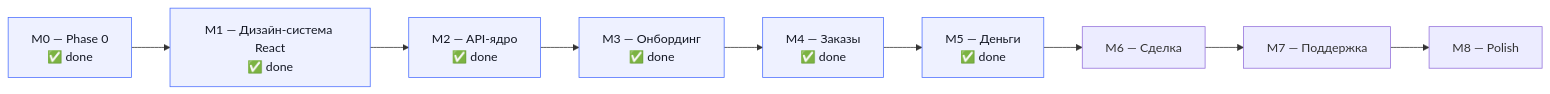
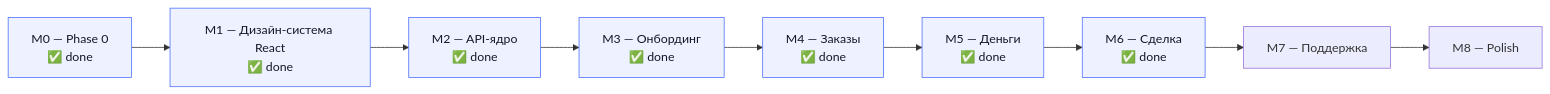
The diagram in docs/10-status.md (koishybek/zovu), drawn with Mermaid before and after one commit. The commit also changed other lines of this file and 25 other files, not shown here.

````diff
--- a/docs/10-status.md
+++ b/docs/10-status.md
@@ -27,17 +27,18 @@
 ```mermaid
 flowchart LR
     M0["M0 — Phase 0<br/>✅ done"] --> M1["M1 — Дизайн-система React<br/>✅ done"]
     M1 --> M2["M2 — API-ядро<br/>✅ done"]
     M2 --> M3["M3 — Онбординг<br/>✅ done"]
     M3 --> M4["M4 — Заказы<br/>✅ done"]
     M4 --> M5["M5 — Деньги<br/>✅ done"]
-    M5 --> M6["M6 — Сделка"]
+    M5 --> M6["M6 — Сделка<br/>✅ done"]
     M6 --> M7["M7 — Поддержка"]
     M7 --> M8["M8 — Polish"]
     style M0 fill:#EEF1FF,stroke:#4C6FFF,color:#141824
     style M1 fill:#EEF1FF,stroke:#4C6FFF,color:#141824
     style M2 fill:#EEF1FF,stroke:#4C6FFF,color:#141824
     style M3 fill:#EEF1FF,stroke:#4C6FFF,color:#141824
     style M4 fill:#EEF1FF,stroke:#4C6FFF,color:#141824
     style M5 fill:#EEF1FF,stroke:#4C6FFF,color:#141824
+    style M6 fill:#EEF1FF,stroke:#4C6FFF,color:#141824
 ```
````
